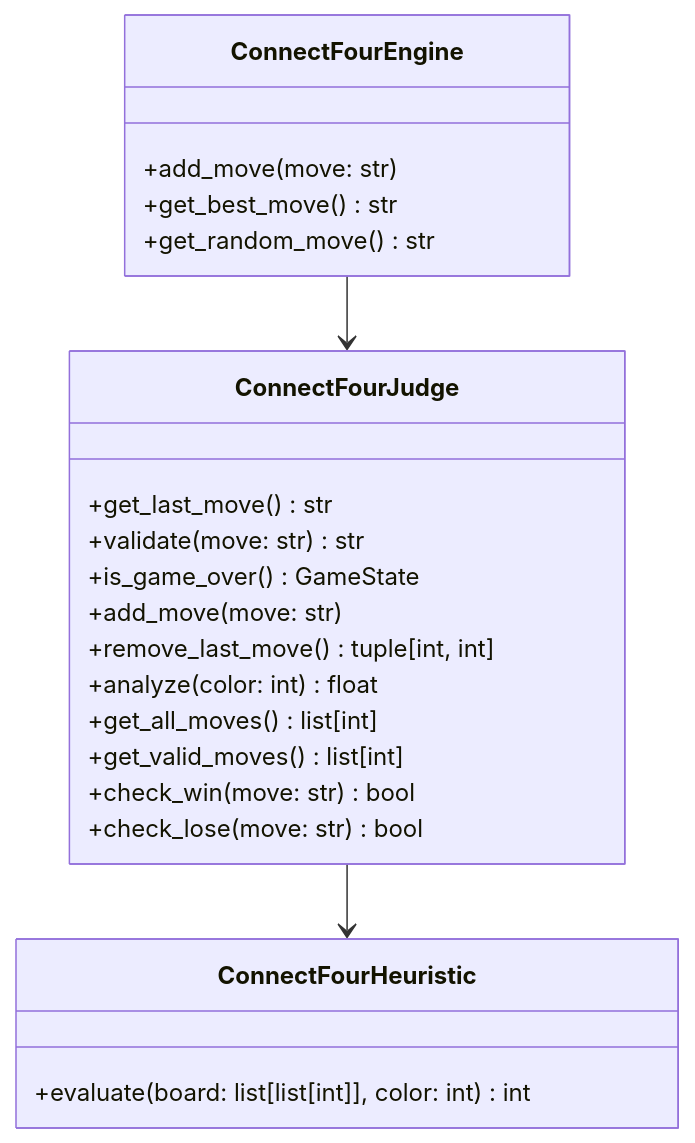
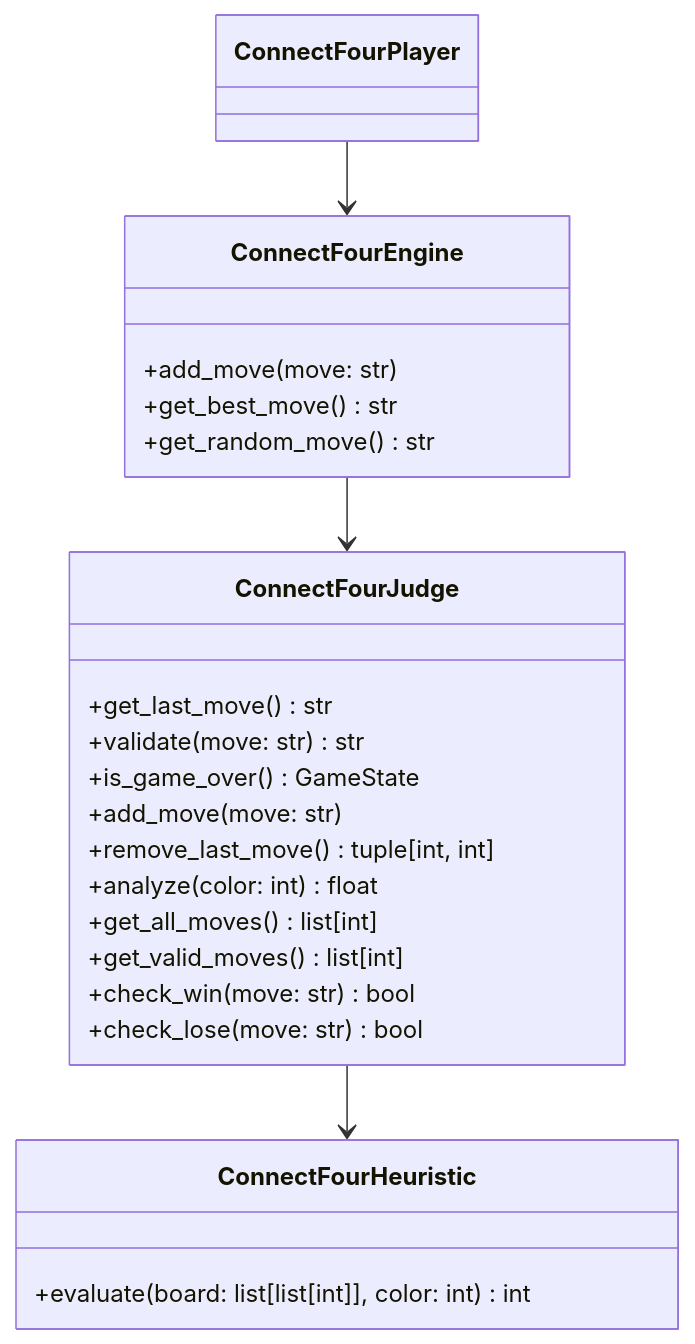
Before and after one commit to game-ai-platform-team/connect-four-lib: the diagram in docs/architecture.md, drawn with Mermaid.

Commit message:
docs: Add ConnectFourPlayer

````diff
--- a/docs/architecture.md
+++ b/docs/architecture.md
@@ -3,30 +3,31 @@
 ```mermaid
 classDiagram
 
+ConnectFourPlayer --> ConnectFourEngine
 ConnectFourEngine --> ConnectFourJudge
 ConnectFourJudge --> ConnectFourHeuristic
 
 
 class ConnectFourEngine {
     +add_move(move: str)
     +get_best_move() str
     +get_random_move() str
 }
 
 class ConnectFourJudge {
     +get_last_move() str
     +validate(move: str) str
     +is_game_over() GameState
     +add_move(move: str)
     +remove_last_move() tuple[int, int]
     +analyze(color: int) float
     +get_all_moves() list[int]
     +get_valid_moves() list[int]
     +check_win(move: str) bool
     +check_lose(move: str) bool
 }
 
 class ConnectFourHeuristic {
     +evaluate(board: list[list[int]], color: int) int
 }
 ```
````
